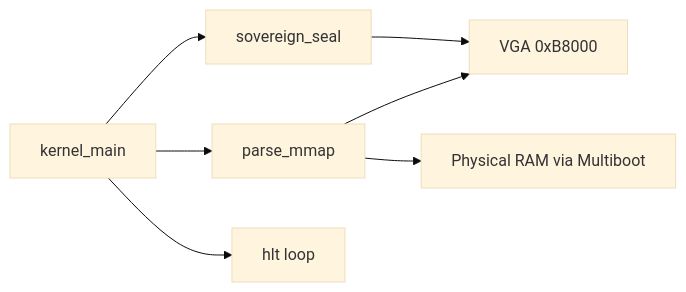
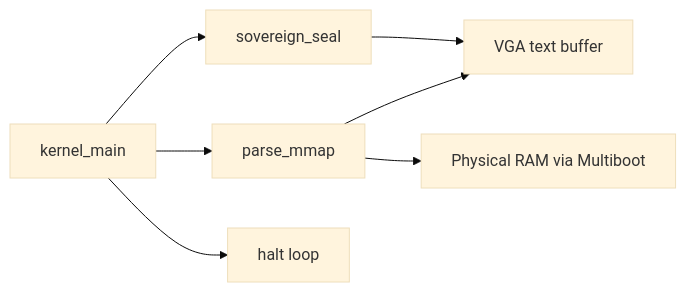
One commit to AHMADALIPARR/preeny-sovereign changed the fourth of 5 diagrams in docs/ARCHITECTURE.md. Above: the diagram before and after it, drawn with Mermaid (base theme). The commit also changed other lines of this file, not shown here.

Commit message:
Fix architecture doc: no broken SVG embeds, safe mermaid syntax

````diff
--- a/docs/ARCHITECTURE.md
+++ b/docs/ARCHITECTURE.md
@@ -70,9 +87,9 @@
 ```mermaid
 flowchart LR
     MAIN[kernel_main] --> SEAL[sovereign_seal]
     MAIN --> PARSE[parse_mmap]
     PARSE --> RAM[Physical RAM via Multiboot]
-    SEAL --> VGA["VGA 0xB8000"]
+    SEAL --> VGA[VGA text buffer]
     PARSE --> VGA
-    MAIN --> HLT[hlt loop]
+    MAIN --> HLT[halt loop]
 ```
````
